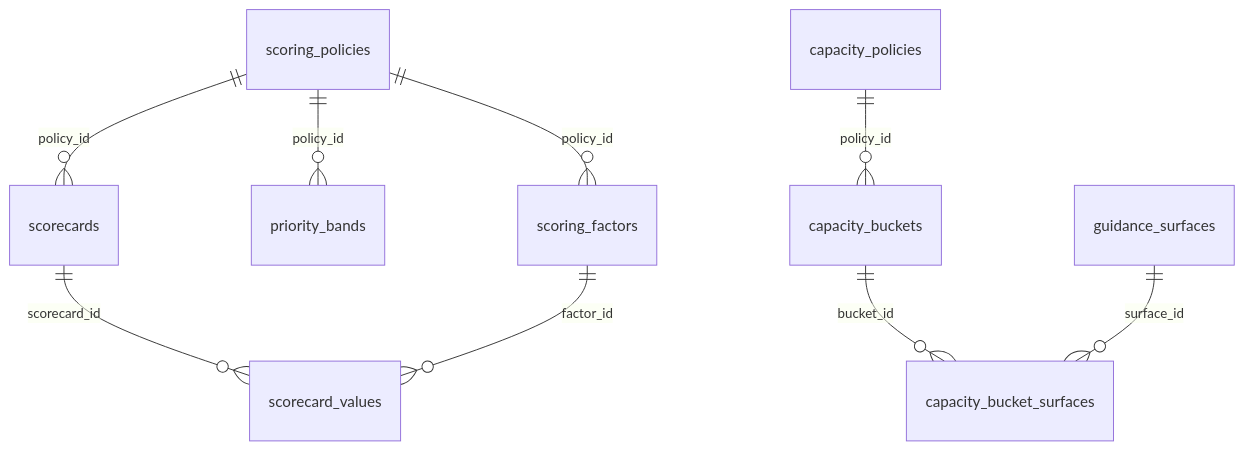
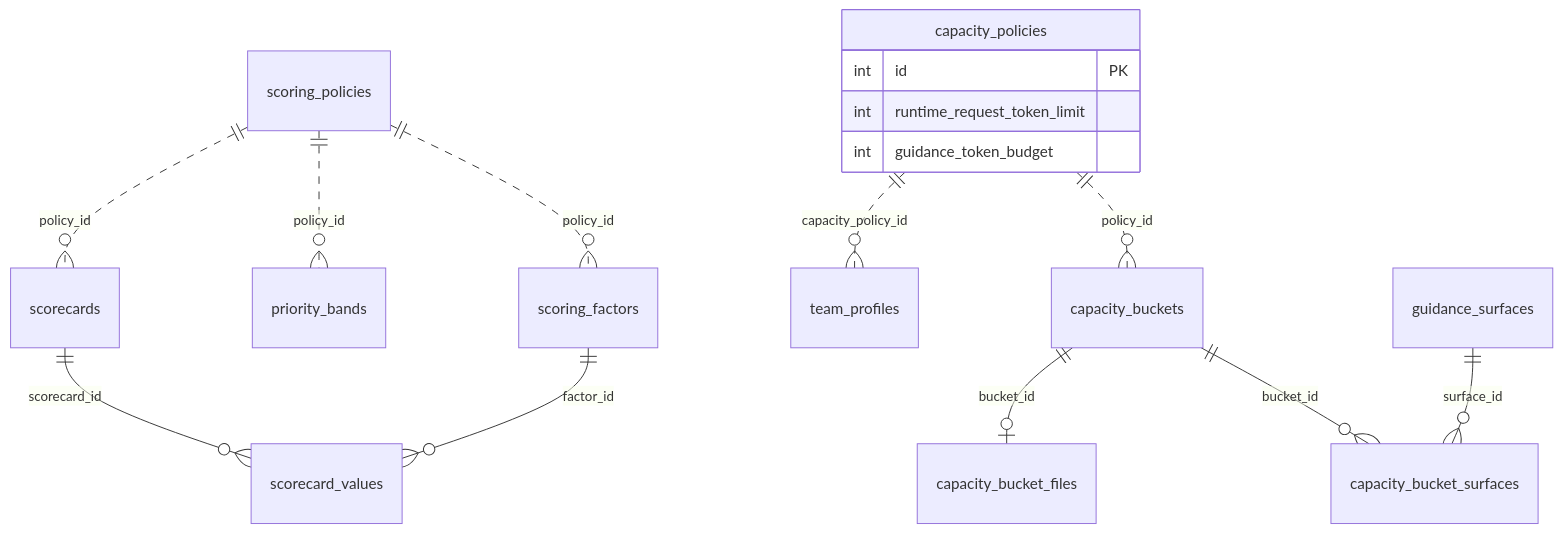
One commit to WodansSon/terraform-azurerm-ai-assisted-development changed the eighth of 9 diagrams in hosted_copilot/docs/WORKBENCH_SQLITE_V1_DESIGN.md. Above: the diagram before and after it, drawn with Mermaid. The commit also changed other lines of this file and 85 other files, not shown here.

````diff
--- a/hosted_copilot/docs/WORKBENCH_SQLITE_V1_DESIGN.md
+++ b/hosted_copilot/docs/WORKBENCH_SQLITE_V1_DESIGN.md
@@ -1173,11 +2163,18 @@
 ```mermaid
 erDiagram
-  scoring_policies ||--o{ scoring_factors : policy_id
-  scoring_policies ||--o{ priority_bands : policy_id
-  scoring_policies ||--o{ scorecards : policy_id
+  capacity_policies {
+    int id PK
+    int runtime_request_token_limit
+    int guidance_token_budget
+  }
+  scoring_policies ||..o{ scoring_factors : policy_id
+  scoring_policies ||..o{ priority_bands : policy_id
+  scoring_policies ||..o{ scorecards : policy_id
   scorecards ||--o{ scorecard_values : scorecard_id
   scoring_factors ||--o{ scorecard_values : factor_id
-  capacity_policies ||--o{ capacity_buckets : policy_id
+  capacity_policies ||..o{ capacity_buckets : policy_id
+  capacity_policies ||..o{ team_profiles : capacity_policy_id
   capacity_buckets ||--o{ capacity_bucket_surfaces : bucket_id
+  capacity_buckets ||--o| capacity_bucket_files : bucket_id
   guidance_surfaces ||--o{ capacity_bucket_surfaces : surface_id
 ```
````
